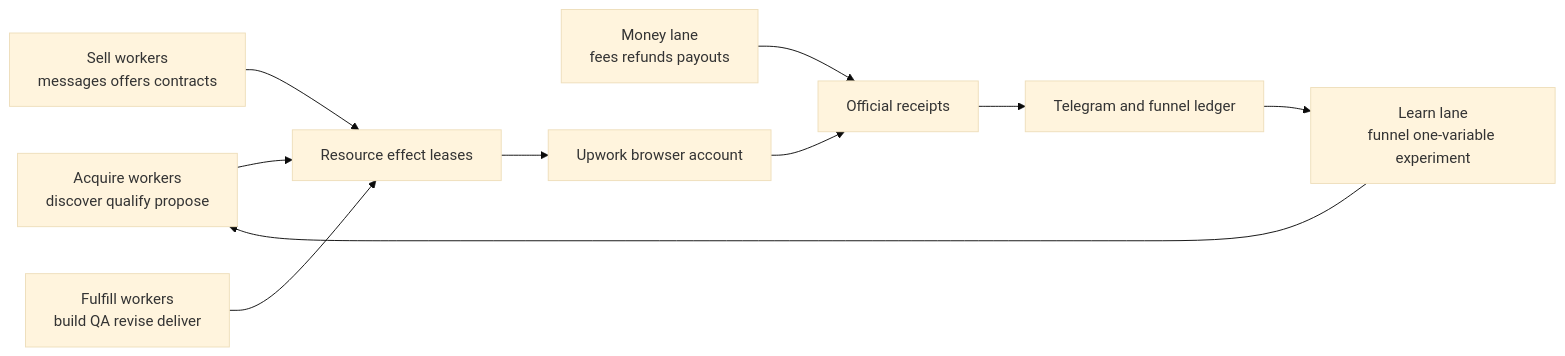
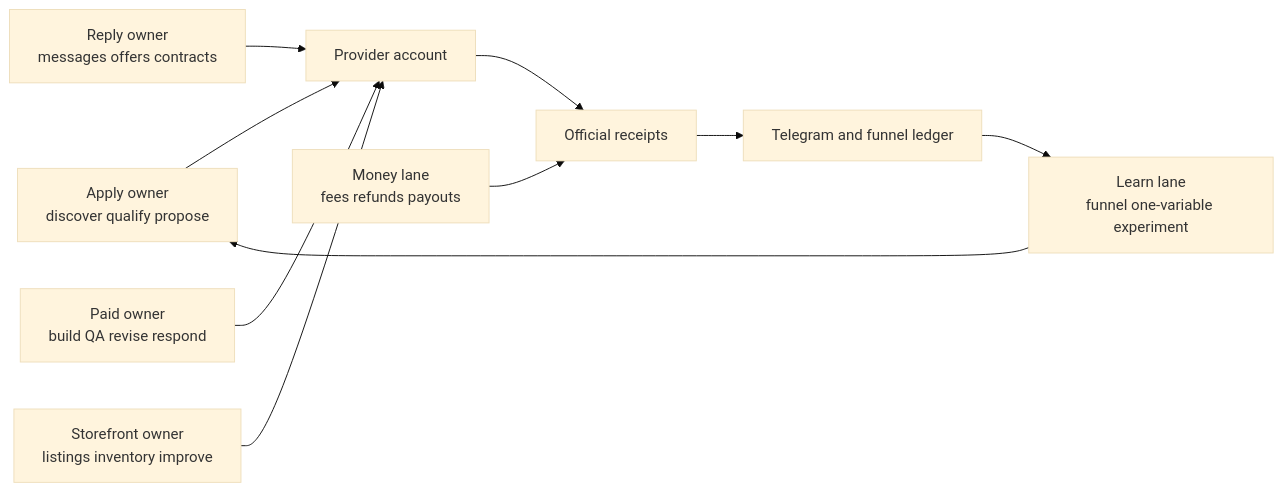
The eighth of 10 diagrams in docs/superpowers/specs/2026-08-22-life-manager-gig-economy-loop-design.md (Daisuke134/anicca), drawn with Mermaid (base theme) before and after one commit. The commit also changed other lines of this file, not shown here.

````diff
--- a/docs/superpowers/specs/2026-08-22-life-manager-gig-economy-loop-design.md
+++ b/docs/superpowers/specs/2026-08-22-life-manager-gig-economy-loop-design.md
@@ -1278,12 +1280,12 @@
 ```mermaid
 flowchart LR
-  A[Acquire workers\ndiscover qualify propose] --> X[Resource effect leases]
-  S[Sell workers\nmessages offers contracts] --> X
-  F[Fulfill workers\nbuild QA revise deliver] --> X
+  A[Apply owner\ndiscover qualify propose] --> U[Provider account]
+  S[Reply owner\nmessages offers contracts] --> U
+  F[Paid owner\nbuild QA revise respond] --> U
+  O[Storefront owner\nlistings inventory improve] --> U
   M[Money lane\nfees refunds payouts] --> R[Official receipts]
   L[Learn lane\nfunnel one-variable experiment] --> A
-  X --> U[Upwork browser account]
   U --> R
   R --> T[Telegram and funnel ledger]
   T --> L
 ```
````
